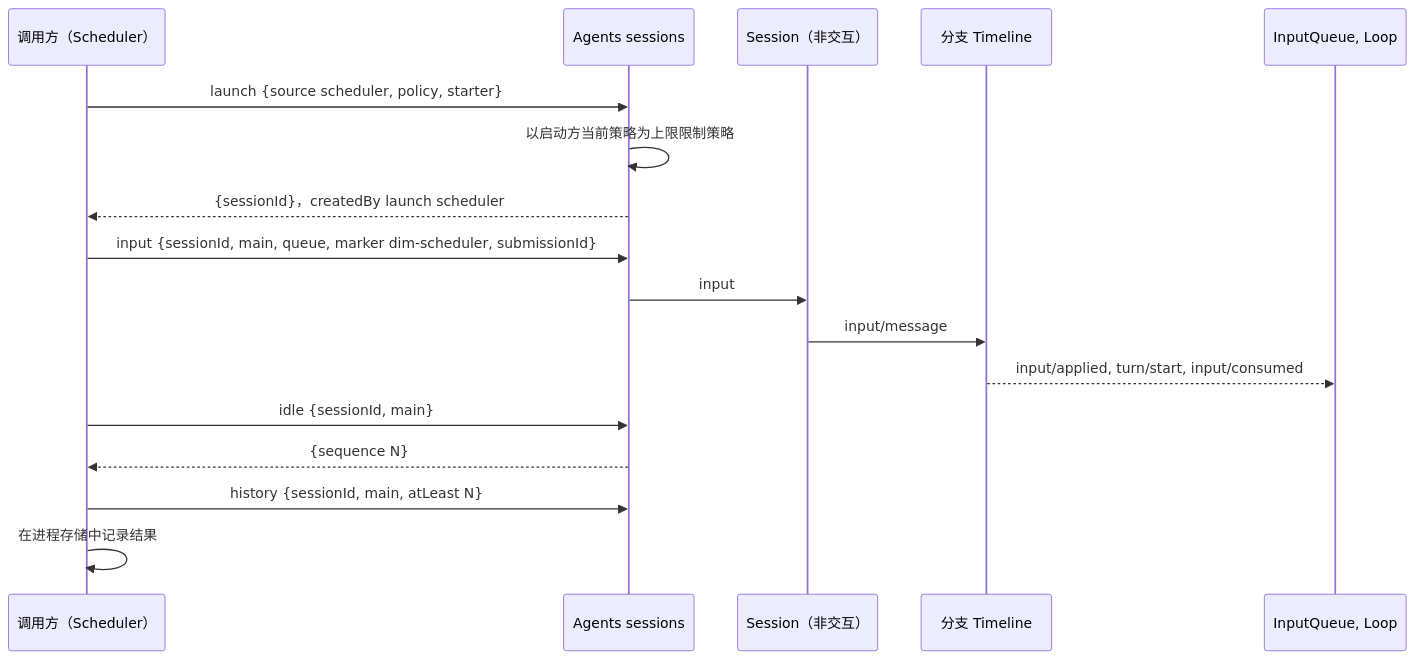
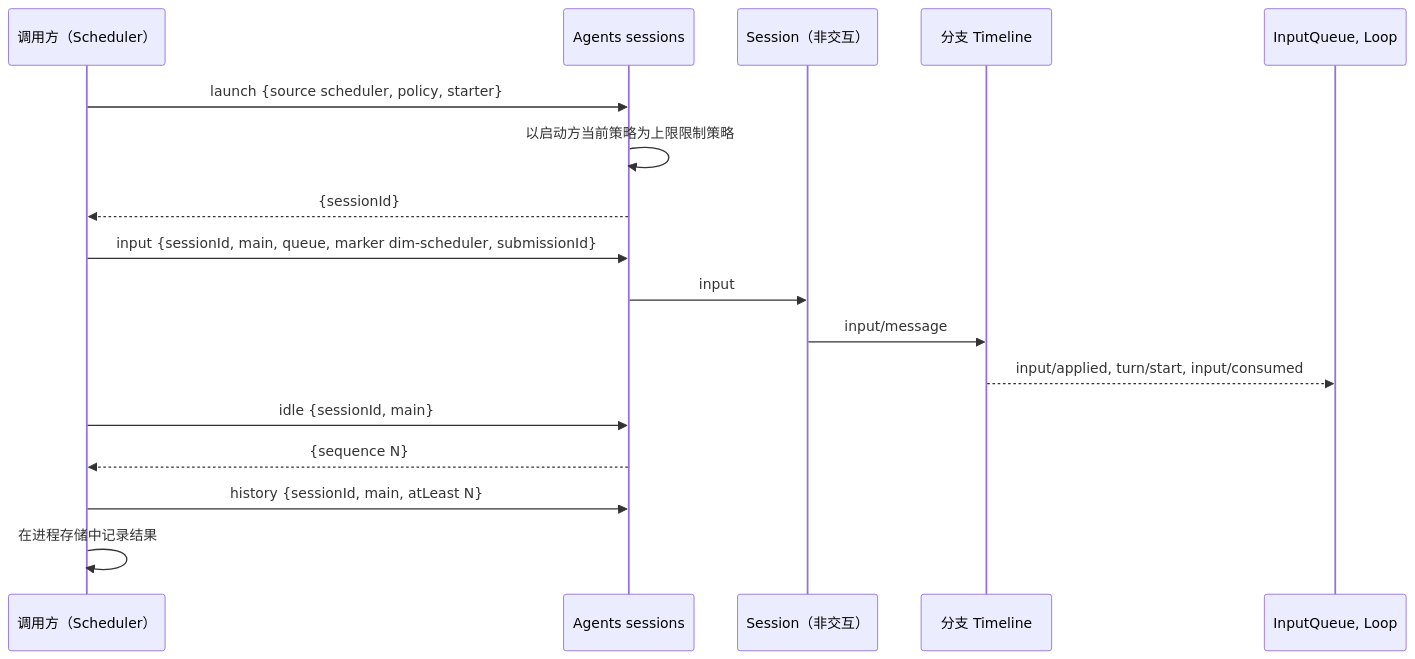
Before and after one commit to CoutinhoTTS/dim-agent: the second of 3 diagrams in docs/zh/design/contracts/session-access.md, drawn with Mermaid. The commit also changed other lines of this file and 27 other files, not shown here.

````diff
--- a/docs/zh/design/contracts/session-access.md
+++ b/docs/zh/design/contracts/session-access.md
@@ -75,19 +75,19 @@
 ```mermaid
 sequenceDiagram
   participant C as 调用方（Scheduler）
   participant AI as Agents sessions
   participant S as Session（非交互）
   participant TL as 分支 Timeline
   participant L as InputQueue, Loop
   C->>AI: launch {source scheduler, policy, starter}
   AI->>AI: 以启动方当前策略为上限限制策略
-  AI-->>C: {sessionId}，createdBy launch scheduler
+  AI-->>C: {sessionId}
   C->>AI: input {sessionId, main, queue, marker dim-scheduler, submissionId}
   AI->>S: input
   S->>TL: input/message
   TL-->>L: input/applied, turn/start, input/consumed
   C->>AI: idle {sessionId, main}
   AI-->>C: {sequence N}
   C->>AI: history {sessionId, main, atLeast N}
   C->>C: 在进程存储中记录结果
 ```
````
